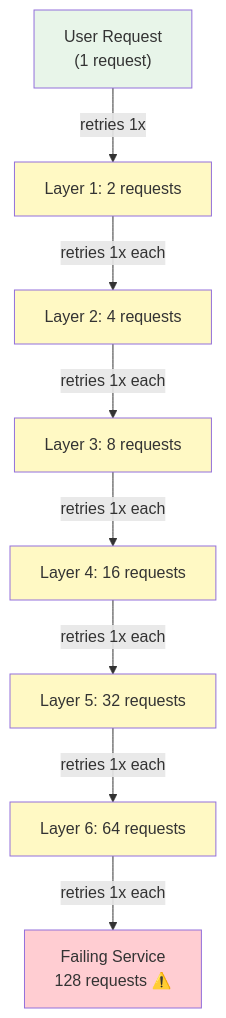
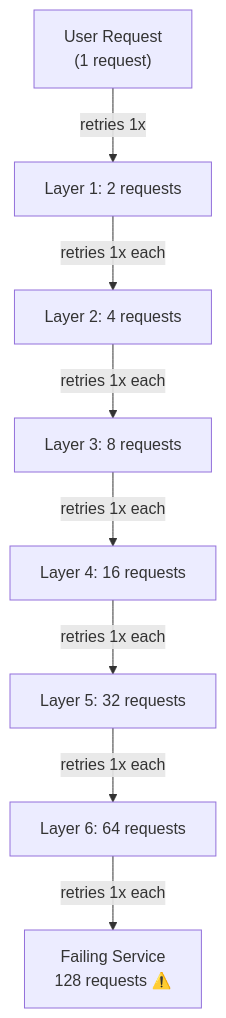
The first of 2 diagrams in static/blog/20260923T101117_the-retry-cost.md (avanderw/avanderw.github.io), drawn with Mermaid before and after one commit. The commit also changed other lines of this file, not shown here.

Commit message:
Fix colour to default instead of hardcoding

````diff
--- a/static/blog/20260923T101117_the-retry-cost.md
+++ b/static/blog/20260923T101117_the-retry-cost.md
@@ -26,21 +26,12 @@
 ```mermaid
 graph TD
     A["User Request<br/>(1 request)"]
     
     A -->|retries 1x| B["Layer 1: 2 requests"]
     B -->|retries 1x each| C["Layer 2: 4 requests"]
     C -->|retries 1x each| D["Layer 3: 8 requests"]
     D -->|retries 1x each| E["Layer 4: 16 requests"]
     E -->|retries 1x each| F["Layer 5: 32 requests"]
     F -->|retries 1x each| G["Layer 6: 64 requests"]
     G -->|retries 1x each| H["Failing Service<br/>128 requests ⚠️"]
-    
-    style A fill:#e8f5e9
-    style H fill:#ffcdd2
-    style B fill:#fff9c4
-    style C fill:#fff9c4
-    style D fill:#fff9c4
-    style E fill:#fff9c4
-    style F fill:#fff9c4
-    style G fill:#fff9c4
 ```
````
